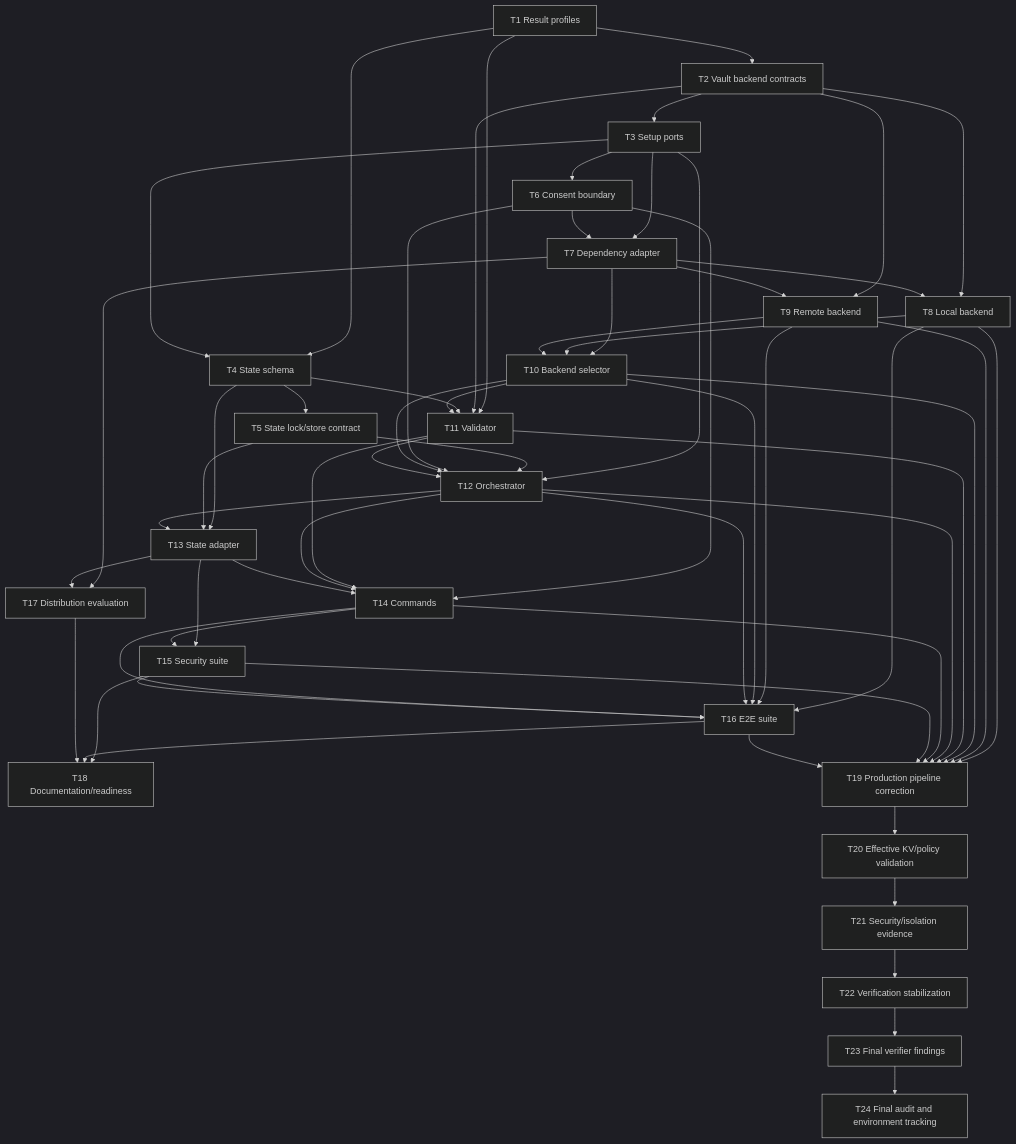
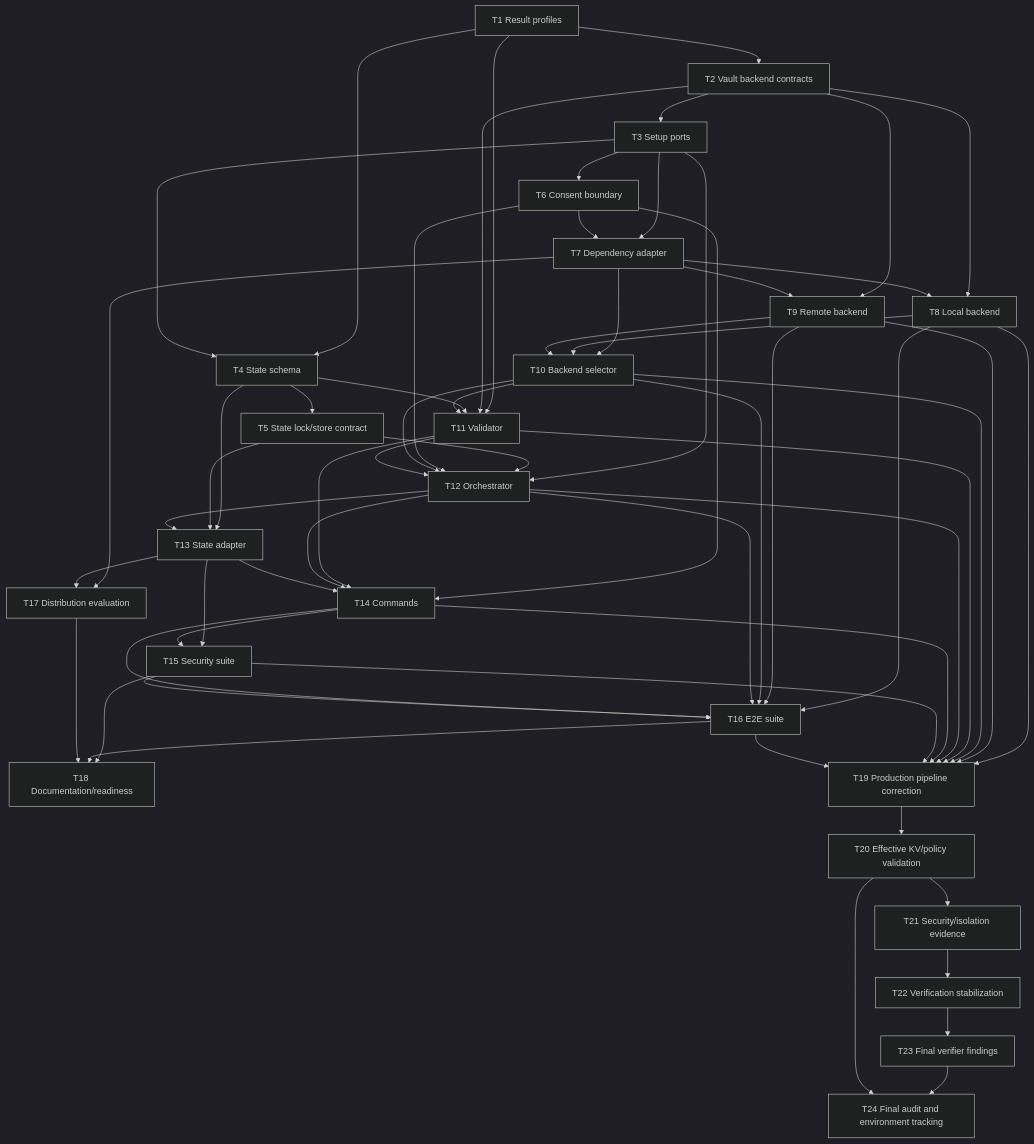
The diagram in .specs/features/devvault-setup/tasks.md (fean-developer/devvault), drawn with Mermaid (dark theme) before and after one commit. The commit also changed other lines of this file and 13 other files, not shown here.

````diff
--- a/.specs/features/devvault-setup/tasks.md
+++ b/.specs/features/devvault-setup/tasks.md
@@ -612,60 +613,61 @@
 ```mermaid
 flowchart TD
     T1[T1 Result profiles] --> T2[T2 Vault backend contracts]
     T2 --> T3[T3 Setup ports]
     T1 --> T4[T4 State schema]
     T3 --> T4
     T4 --> T5[T5 State lock/store contract]
     T3 --> T6[T6 Consent boundary]
     T3 --> T7[T7 Dependency adapter]
     T6 --> T7
     T2 --> T8[T8 Local backend]
     T7 --> T8
     T2 --> T9[T9 Remote backend]
     T7 --> T9
     T7 --> T10[T10 Backend selector]
     T8 --> T10
     T9 --> T10
     T1 --> T11[T11 Validator]
     T2 --> T11
     T4 --> T11
     T10 --> T11
     T3 --> T12[T12 Orchestrator]
     T5 --> T12
     T6 --> T12
     T10 --> T12
     T11 --> T12
     T4 --> T13[T13 State adapter]
     T5 --> T13
     T12 --> T13
     T6 --> T14[T14 Commands]
     T11 --> T14
     T12 --> T14
     T13 --> T14
     T13 --> T15[T15 Security suite]
     T14 --> T15
     T8 --> T16[T16 E2E suite]
     T9 --> T16
     T10 --> T16
     T12 --> T16
     T14 --> T16
     T15 --> T16
     T7 --> T17[T17 Distribution evaluation]
     T13 --> T17
     T15 --> T18[T18 Documentation/readiness]
     T16 --> T18
     T17 --> T18
     T8 --> T19[T19 Production pipeline correction]
     T9 --> T19
     T10 --> T19
     T11 --> T19
     T12 --> T19
     T14 --> T19
     T15 --> T19
     T16 --> T19
     T19 --> T20[T20 Effective KV/policy validation]
     T20 --> T21[T21 Security/isolation evidence]
     T21 --> T22[T22 Verification stabilization]
     T22 --> T23[T23 Final verifier findings]
     T23 --> T24[T24 Final audit and environment tracking]
+    T20 --> T24
 ```
````
